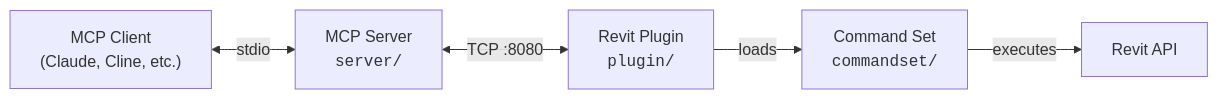
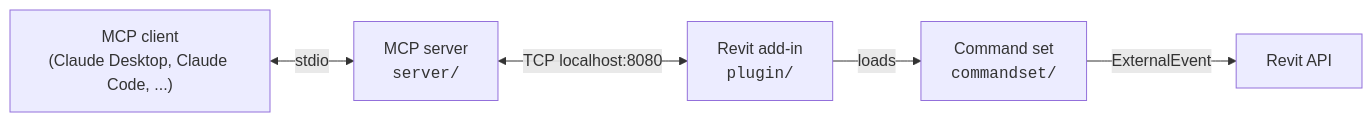
One commit to Kurill/revit-mcp-server changed the diagram in README.md. Above: the diagram before and after it, drawn with Mermaid. The commit also changed other lines of this file and 17 other files, not shown here.

````diff
--- a/README.md
+++ b/README.md
@@ -25,13 +14,13 @@
 ```mermaid
 flowchart LR
-    Client["MCP Client<br/>(Claude, Cline, etc.)"]
-    Server["MCP Server<br/><code>server/</code>"]
-    Plugin["Revit Plugin<br/><code>plugin/</code>"]
-    CommandSet["Command Set<br/><code>commandset/</code>"]
+    Client["MCP client<br/>(Claude Desktop, Claude Code, ...)"]
+    Server["MCP server<br/><code>server/</code>"]
+    Plugin["Revit add-in<br/><code>plugin/</code>"]
+    CommandSet["Command set<br/><code>commandset/</code>"]
     Revit["Revit API"]
 
     Client <-->|stdio| Server
-    Server <-->|TCP :8080| Plugin
+    Server <-->|TCP localhost:8080| Plugin
     Plugin -->|loads| CommandSet
-    CommandSet -->|executes| Revit
+    CommandSet -->|ExternalEvent| Revit
 ```
````
